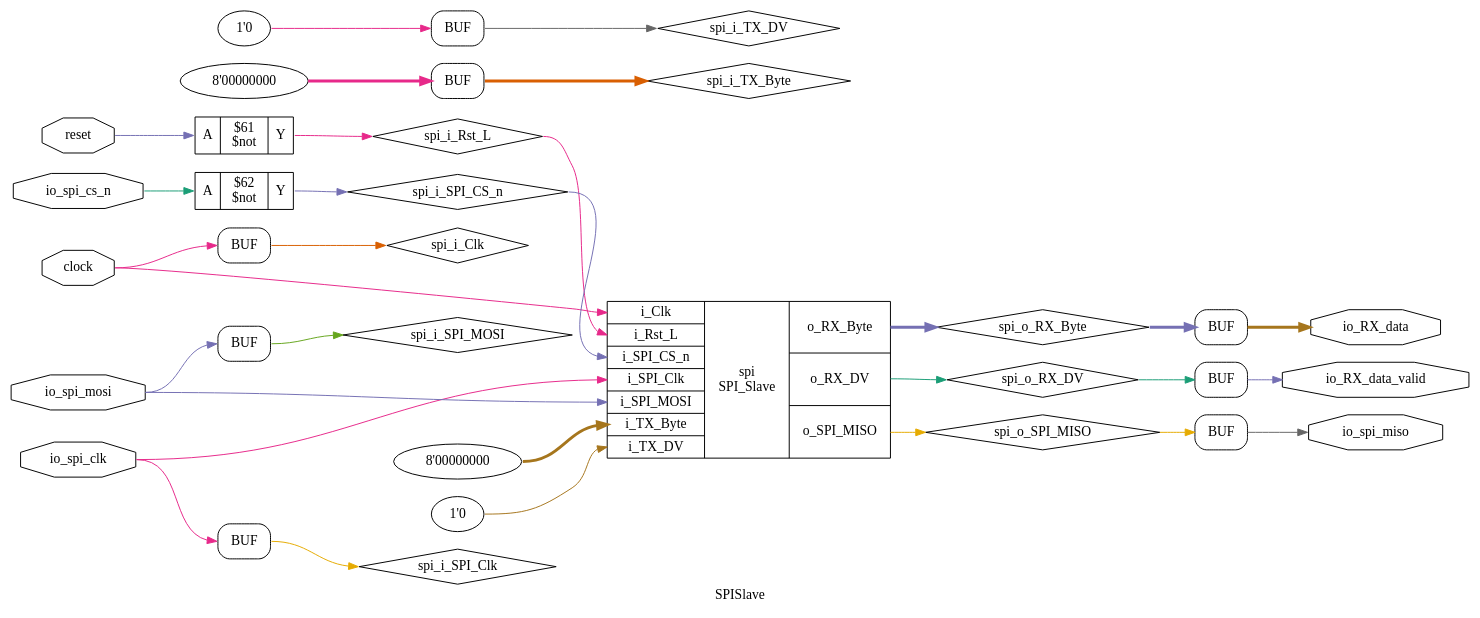
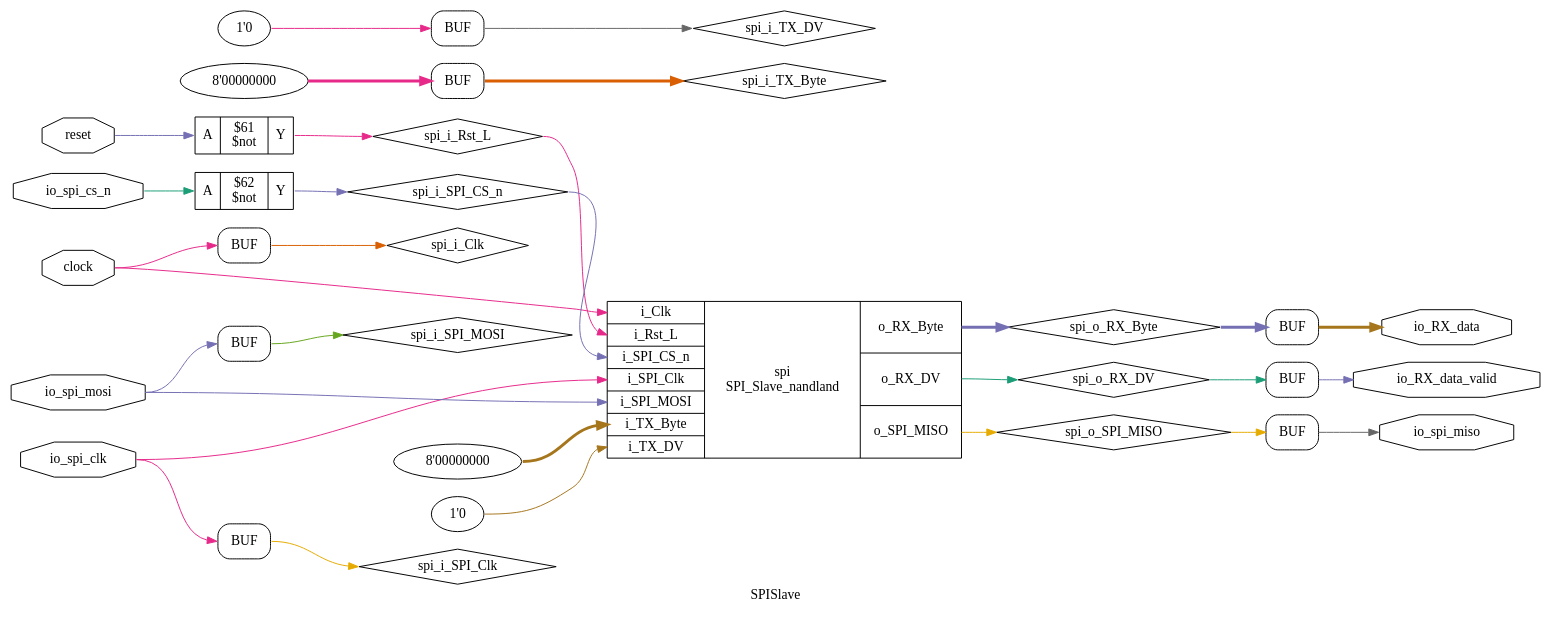
Before and after one commit to TDT4295-2019-groupA/FPGA: the diagram in graphs/yosys/SPISlave_opt.dot, drawn with Graphviz. The commit also changed 48 other files, not shown here.

```diff
--- a/graphs/yosys/SPISlave_opt.dot
+++ b/graphs/yosys/SPISlave_opt.dot
@@ -1,70 +1,70 @@
 digraph "SPISlave" {
 label="SPISlave";
 rankdir="LR";
 remincross=true;
 n1 [ shape=octagon, label="clock", color="black", fontcolor="black" ];
 n2 [ shape=octagon, label="io_RX_data", color="black", fontcolor="black" ];
 n3 [ shape=octagon, label="io_RX_data_valid", color="black", fontcolor="black" ];
 n4 [ shape=octagon, label="io_spi_clk", color="black", fontcolor="black" ];
 n5 [ shape=octagon, label="io_spi_cs_n", color="black", fontcolor="black" ];
 n6 [ shape=octagon, label="io_spi_miso", color="black", fontcolor="black" ];
 n7 [ shape=octagon, label="io_spi_mosi", color="black", fontcolor="black" ];
 n8 [ shape=octagon, label="reset", color="black", fontcolor="black" ];
 n9 [ shape=diamond, label="spi_i_Clk", color="black", fontcolor="black" ];
 n10 [ shape=diamond, label="spi_i_Rst_L", color="black", fontcolor="black" ];
 n11 [ shape=diamond, label="spi_i_SPI_CS_n", color="black", fontcolor="black" ];
 n12 [ shape=diamond, label="spi_i_SPI_Clk", color="black", fontcolor="black" ];
 n13 [ shape=diamond, label="spi_i_SPI_MOSI", color="black", fontcolor="black" ];
 n14 [ shape=diamond, label="spi_i_TX_Byte", color="black", fontcolor="black" ];
 n15 [ shape=diamond, label="spi_i_TX_DV", color="black", fontcolor="black" ];
 n16 [ shape=diamond, label="spi_o_RX_Byte", color="black", fontcolor="black" ];
 n17 [ shape=diamond, label="spi_o_RX_DV", color="black", fontcolor="black" ];
 n18 [ shape=diamond, label="spi_o_SPI_MISO", color="black", fontcolor="black" ];
 { rank="source"; n1; n4; n5; n7; n8;}
 { rank="sink"; n2; n3; n6;}
 c21 [ shape=record, label="{{<p19> A}|$61\n$not|{<p20> Y}}" ];
 c22 [ shape=record, label="{{<p19> A}|$62\n$not|{<p20> Y}}" ];
 v0 [ label="8'00000000" ];
 v1 [ label="1'0" ];
-c33 [ shape=record, label="{{<p23> i_Clk|<p24> i_Rst_L|<p25> i_SPI_CS_n|<p26> i_SPI_Clk|<p27> i_SPI_MOSI|<p28> i_TX_Byte|<p29> i_TX_DV}|spi\nSPI_Slave|{<p30> o_RX_Byte|<p31> o_RX_DV|<p32> o_SPI_MISO}}" ];
+c33 [ shape=record, label="{{<p23> i_Clk|<p24> i_Rst_L|<p25> i_SPI_CS_n|<p26> i_SPI_Clk|<p27> i_SPI_MOSI|<p28> i_TX_Byte|<p29> i_TX_DV}|spi\nSPI_Slave_nandland|{<p30> o_RX_Byte|<p31> o_RX_DV|<p32> o_SPI_MISO}}" ];
 x2 [shape=box, style=rounded, label="BUF"];
 x3 [shape=box, style=rounded, label="BUF"];
 x4 [shape=box, style=rounded, label="BUF"];
 x5 [shape=box, style=rounded, label="BUF"];
 x6 [shape=box, style=rounded, label="BUF"];
 x7 [shape=box, style=rounded, label="BUF"];
 v8 [ label="8'00000000" ];
 x9 [shape=box, style=rounded, label="BUF"];
 v10 [ label="1'0" ];
 x11 [shape=box, style=rounded, label="BUF"];
 n1:e -> c33:p23:w [colorscheme="dark28", color="4", fontcolor="4", label=""];
 n1:e -> x5:w:w [colorscheme="dark28", color="4", fontcolor="4", label=""];
 c21:p20:e -> n10:w [colorscheme="dark28", color="4", fontcolor="4", label=""];
 n10:e -> c33:p24:w [colorscheme="dark28", color="4", fontcolor="4", label=""];
 c22:p20:e -> n11:w [colorscheme="dark28", color="3", fontcolor="3", label=""];
 n11:e -> c33:p25:w [colorscheme="dark28", color="3", fontcolor="3", label=""];
 x6:e:e -> n12:w [colorscheme="dark28", color="6", fontcolor="6", label=""];
 x7:e:e -> n13:w [colorscheme="dark28", color="5", fontcolor="5", label=""];
 x9:e:e -> n14:w [colorscheme="dark28", color="2", fontcolor="2", style="setlinewidth(3)", label=""];
 x11:e:e -> n15:w [colorscheme="dark28", color="8", fontcolor="8", label=""];
 c33:p30:e -> n16:w [colorscheme="dark28", color="3", fontcolor="3", style="setlinewidth(3)", label=""];
 n16:e -> x2:w:w [colorscheme="dark28", color="3", fontcolor="3", style="setlinewidth(3)", label=""];
 c33:p31:e -> n17:w [colorscheme="dark28", color="1", fontcolor="1", label=""];
 n17:e -> x3:w:w [colorscheme="dark28", color="1", fontcolor="1", label=""];
 c33:p32:e -> n18:w [colorscheme="dark28", color="6", fontcolor="6", label=""];
 n18:e -> x4:w:w [colorscheme="dark28", color="6", fontcolor="6", label=""];
 x2:e:e -> n2:w [colorscheme="dark28", color="7", fontcolor="7", style="setlinewidth(3)", label=""];
 x3:e:e -> n3:w [colorscheme="dark28", color="3", fontcolor="3", label=""];
 n4:e -> c33:p26:w [colorscheme="dark28", color="4", fontcolor="4", label=""];
 n4:e -> x6:w:w [colorscheme="dark28", color="4", fontcolor="4", label=""];
 n5:e -> c22:p19:w [colorscheme="dark28", color="1", fontcolor="1", label=""];
 x4:e:e -> n6:w [colorscheme="dark28", color="8", fontcolor="8", label=""];
 n7:e -> c33:p27:w [colorscheme="dark28", color="3", fontcolor="3", label=""];
 n7:e -> x7:w:w [colorscheme="dark28", color="3", fontcolor="3", label=""];
 n8:e -> c21:p19:w [colorscheme="dark28", color="3", fontcolor="3", label=""];
 x5:e:e -> n9:w [colorscheme="dark28", color="2", fontcolor="2", label=""];
 v0:e -> c33:p28:w [colorscheme="dark28", color="7", fontcolor="7", style="setlinewidth(3)", label=""];
 v1:e -> c33:p29:w [colorscheme="dark28", color="7", fontcolor="7", label=""];
 v10:e -> x11:w:w [colorscheme="dark28", color="4", fontcolor="4", label=""];
 v8:e -> x9:w:w [colorscheme="dark28", color="4", fontcolor="4", style="setlinewidth(3)", label=""];
 }
```
